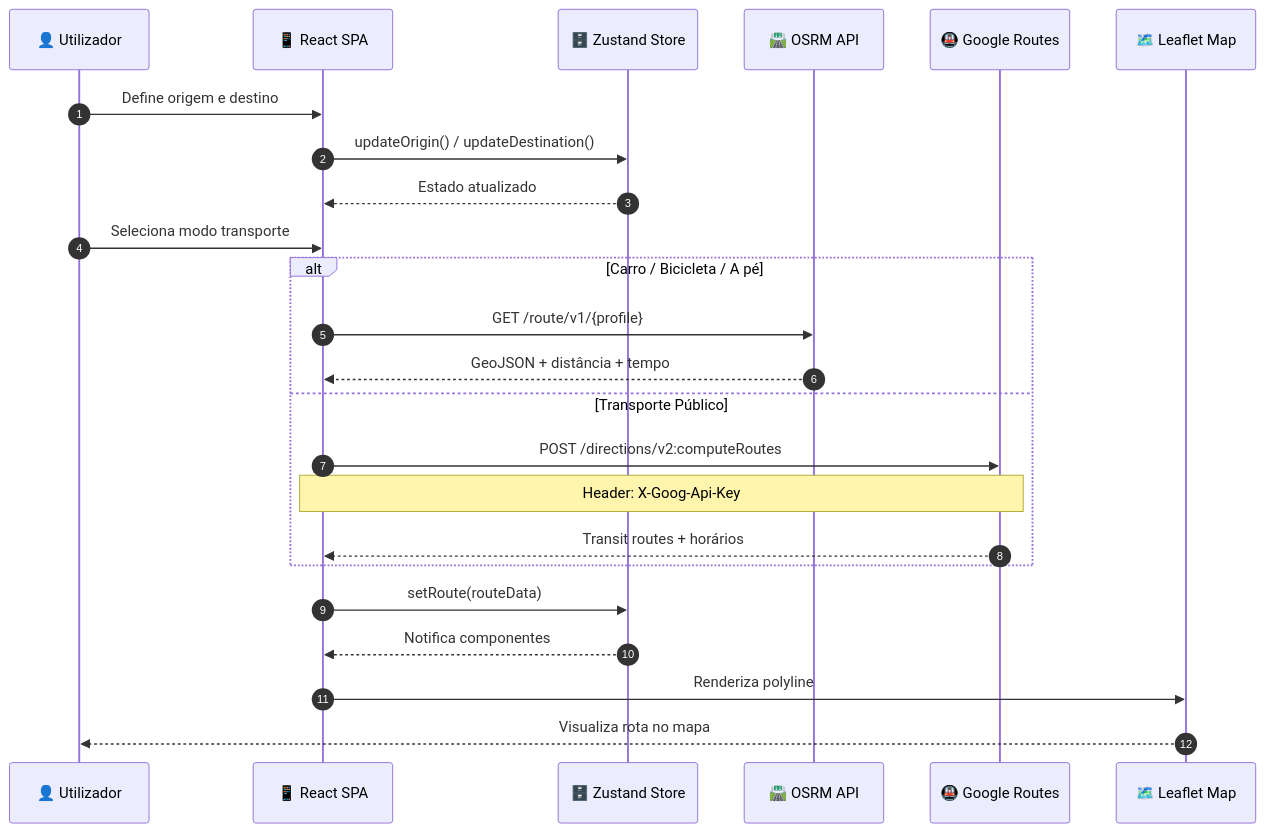
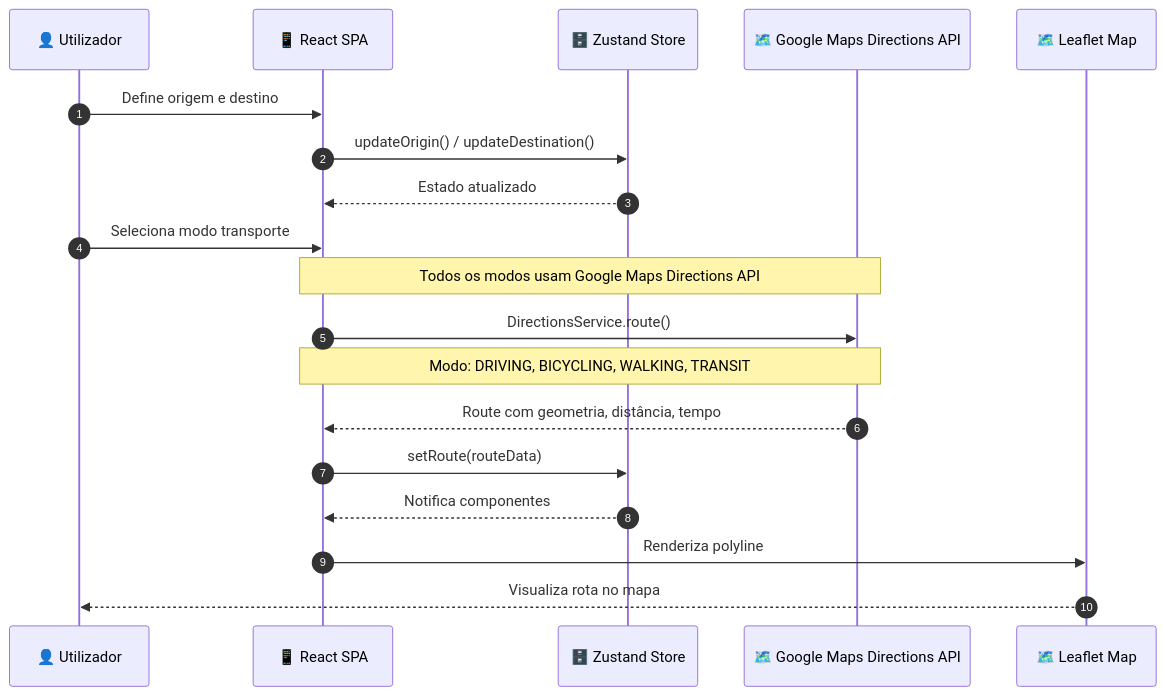
One commit to AlexandreMendesISCTE/Projeto-de-Arquitetura-e-Desenho-de-Software changed the seventh of 13 diagrams in docs/ARCHITECTURE_SECURITY.md. Above: the diagram before and after it, drawn with Mermaid. The commit also changed other lines of this file and 1 other file, not shown here.

Commit message:
diagrama de classes e google maps service updated

````diff
--- a/docs/ARCHITECTURE_SECURITY.md
+++ b/docs/ARCHITECTURE_SECURITY.md
@@ -288,30 +290,25 @@
 ```mermaid
 sequenceDiagram
     autonumber
     participant U as 👤 Utilizador
     participant SPA as 📱 React SPA
     participant Store as 🗄️ Zustand Store
-    participant OSRM as 🛣️ OSRM API
-    participant Google as 🚇 Google Routes
+    participant Google as 🗺️ Google Maps Directions API
     participant Map as 🗺️ Leaflet Map
 
     U->>SPA: Define origem e destino
     SPA->>Store: updateOrigin() / updateDestination()
     Store-->>SPA: Estado atualizado
     
     U->>SPA: Seleciona modo transporte
     
-    alt Carro / Bicicleta / A pé
-        SPA->>OSRM: GET /route/v1/{profile}
-        OSRM-->>SPA: GeoJSON + distância + tempo
-    else Transporte Público
-        SPA->>Google: POST /directions/v2:computeRoutes
-        Note over SPA,Google: Header: X-Goog-Api-Key
-        Google-->>SPA: Transit routes + horários
-    end
+    Note over SPA,Google: Todos os modos usam Google Maps Directions API
+    SPA->>Google: DirectionsService.route()
+    Note over SPA,Google: Modo: DRIVING, BICYCLING, WALKING, TRANSIT
+    Google-->>SPA: Route com geometria, distância, tempo
     
     SPA->>Store: setRoute(routeData)
     Store-->>SPA: Notifica componentes
     SPA->>Map: Renderiza polyline
     Map-->>U: Visualiza rota no mapa
 ```
````
